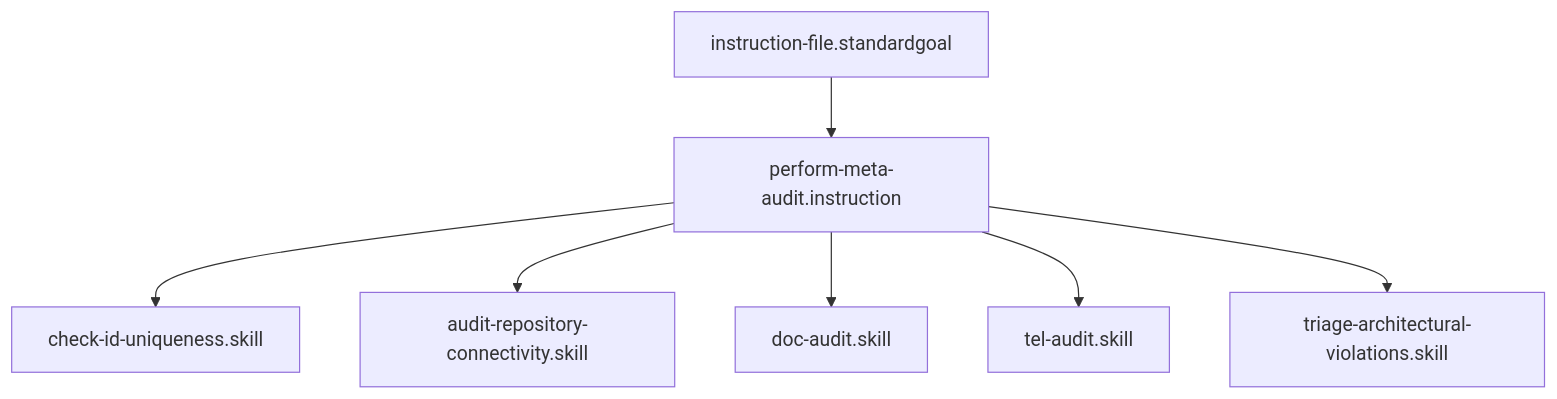
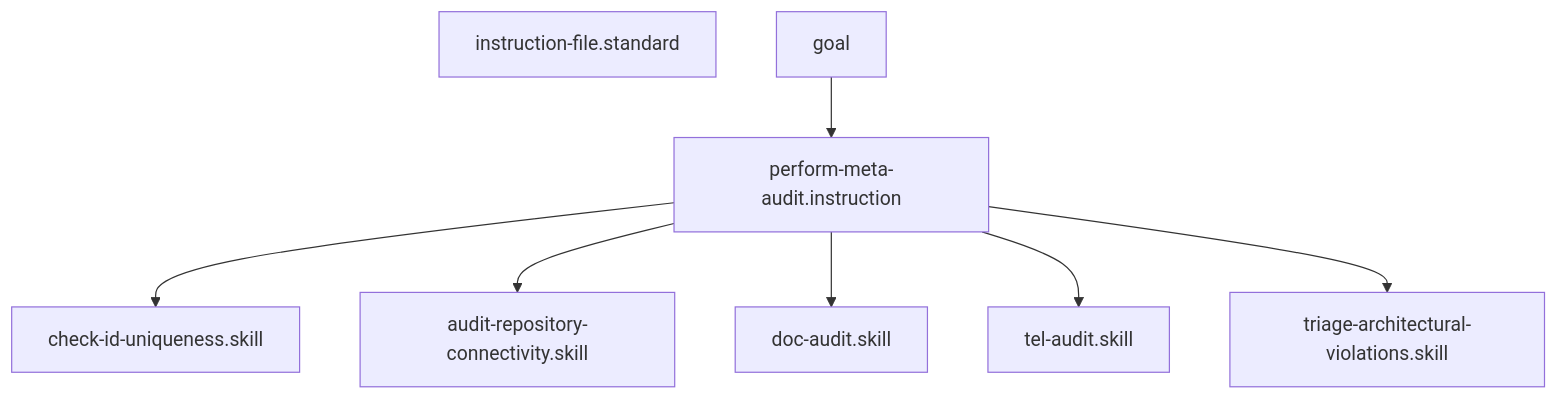
Before and after one commit to Gizmo4Life/ai-kernel: the diagram in instructions/perform-meta-audit.instruction.md, drawn with Mermaid. The commit also changed other lines of this file and 101 other files, not shown here.

````diff
--- a/instructions/perform-meta-audit.instruction.md
+++ b/instructions/perform-meta-audit.instruction.md
@@ -22,9 +22,10 @@
 ```mermaid
 graph TD
-    instruction-file.standardgoal --> perform-meta-audit.instruction
+    instruction-file.standard
+goal --> perform-meta-audit.instruction
     perform-meta-audit.instruction --> check-id-uniqueness[check-id-uniqueness.skill]
     perform-meta-audit.instruction --> audit-repository-connectivity[audit-repository-connectivity.skill]
     perform-meta-audit.instruction --> doc-audit[doc-audit.skill]
     perform-meta-audit.instruction --> tel-audit[tel-audit.skill]
     perform-meta-audit.instruction --> triage-architectural-violations[triage-architectural-violations.skill]
 ```
````
